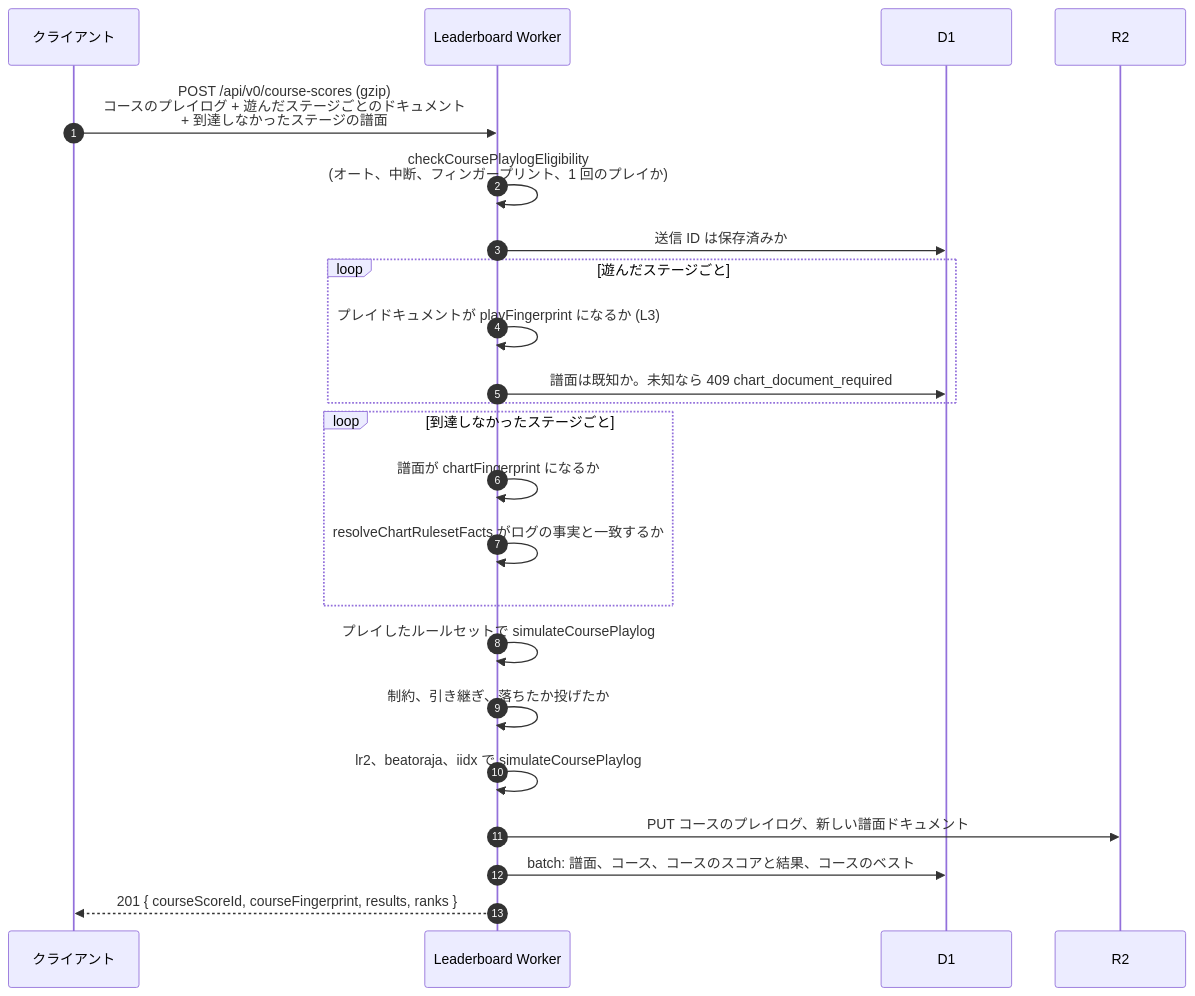
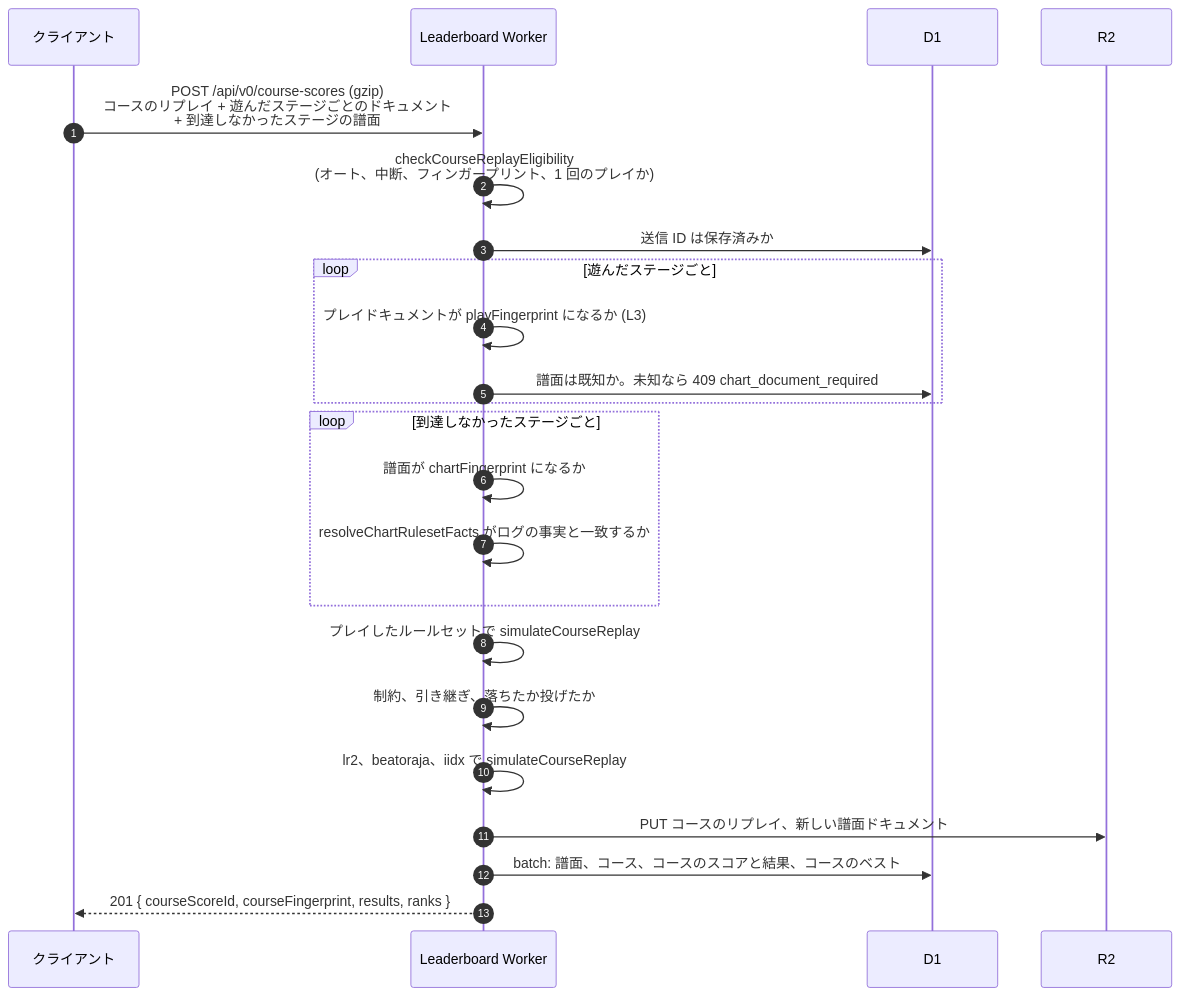
The third of 4 diagrams in docs/leaderboard.ja.md (nulltask/be-music), drawn with Mermaid before and after one commit. The commit also changed other lines of this file and 603 other files, not shown here.

Commit message:
refactor: align chart, replay, and judgment terminology

````diff
--- a/docs/leaderboard.ja.md
+++ b/docs/leaderboard.ja.md
@@ -311,26 +311,26 @@
 ```mermaid
 sequenceDiagram
     autonumber
     participant C as クライアント
     participant A as Leaderboard Worker
     participant D as D1
     participant R as R2
 
-    C->>A: POST /api/v0/course-scores (gzip)<br/>コースのプレイログ + 遊んだステージごとのドキュメント<br/>+ 到達しなかったステージの譜面
-    A->>A: checkCoursePlaylogEligibility<br/>(オート、中断、フィンガープリント、1 回のプレイか)
+    C->>A: POST /api/v0/course-scores (gzip)<br/>コースのリプレイ + 遊んだステージごとのドキュメント<br/>+ 到達しなかったステージの譜面
+    A->>A: checkCourseReplayEligibility<br/>(オート、中断、フィンガープリント、1 回のプレイか)
     A->>D: 送信 ID は保存済みか
     loop 遊んだステージごと
         A->>A: プレイドキュメントが playFingerprint になるか (L3)
         A->>D: 譜面は既知か。未知なら 409 chart_document_required
     end
     loop 到達しなかったステージごと
         A->>A: 譜面が chartFingerprint になるか
         A->>A: resolveChartRulesetFacts がログの事実と一致するか
     end
-    A->>A: プレイしたルールセットで simulateCoursePlaylog
+    A->>A: プレイしたルールセットで simulateCourseReplay
     A->>A: 制約、引き継ぎ、落ちたか投げたか
-    A->>A: lr2、beatoraja、iidx で simulateCoursePlaylog
-    A->>R: PUT コースのプレイログ、新しい譜面ドキュメント
+    A->>A: lr2、beatoraja、iidx で simulateCourseReplay
+    A->>R: PUT コースのリプレイ、新しい譜面ドキュメント
     A->>D: batch: 譜面、コース、コースのスコアと結果、コースのベスト
     A-->>C: 201 { courseScoreId, courseFingerprint, results, ranks }
 ```
````
